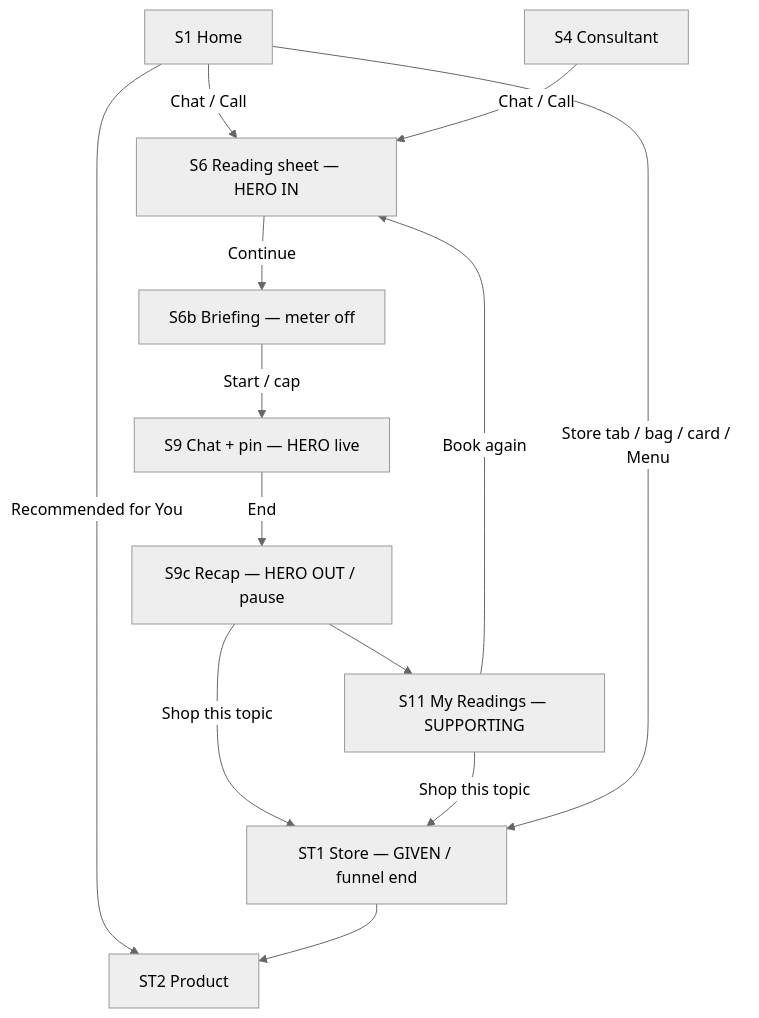
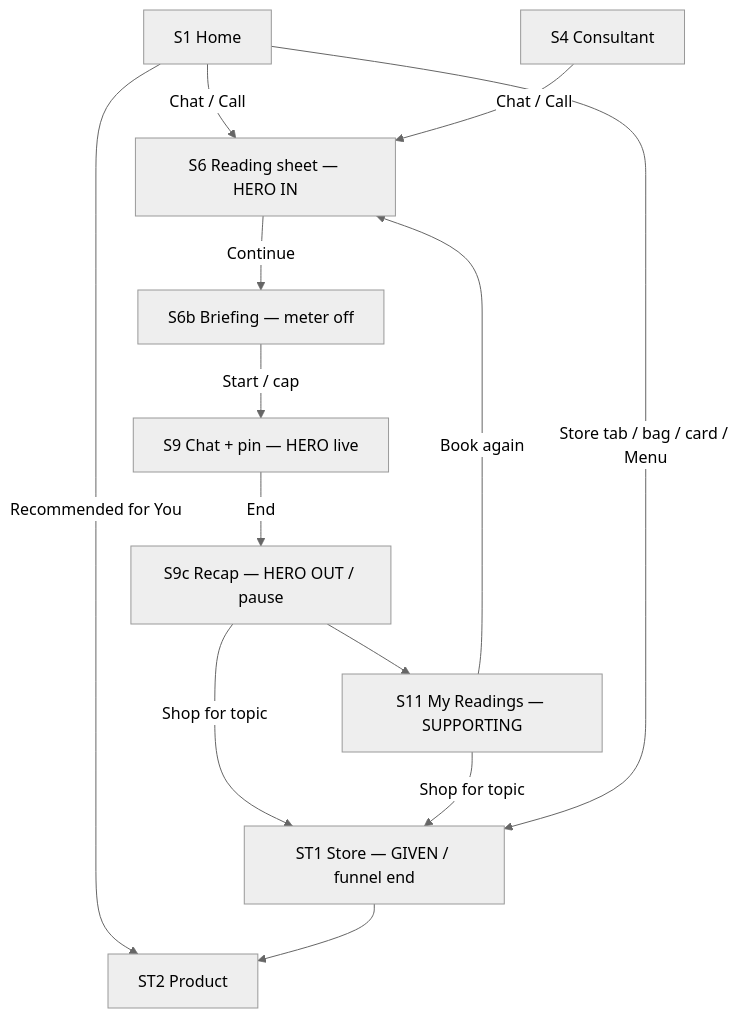
The diagram in docs/architecture.md (dhananjay7777/Astrolive), drawn with Mermaid (neutral theme) before and after one commit. The commit also changed other lines of this file and 13 other files, not shown here.

First line of the commit message:
Polish reading recap and store UX; sync docs with current prototype.

````diff
--- a/docs/architecture.md
+++ b/docs/architecture.md
@@ -124,25 +139,25 @@
 ```mermaid
 flowchart TD
   Home[S1 Home]
   Store[ST1 Store — GIVEN / funnel end]
   Cons[S4 Consultant]
   Sheet[S6 Reading sheet — HERO IN]
   Brief[S6b Briefing — meter off]
   Chat[S9 Chat + pin — HERO live]
   Recap[S9c Recap — HERO OUT / pause]
   List[S11 My Readings — SUPPORTING]
   PDP[ST2 Product]
 
   Home -->|Chat / Call| Sheet
   Cons -->|Chat / Call| Sheet
   Sheet -->|Continue| Brief
   Brief -->|Start / cap| Chat
   Chat -->|End| Recap
-  Recap -->|Shop this topic| Store
+  Recap -->|Shop for topic| Store
   Recap --> List
-  List -->|Shop this topic| Store
+  List -->|Shop for topic| Store
   List -->|Book again| Sheet
   Home -->|Recommended for You| PDP
   Home -->|Store tab / bag / card / Menu| Store
   Store --> PDP
 ```
````
